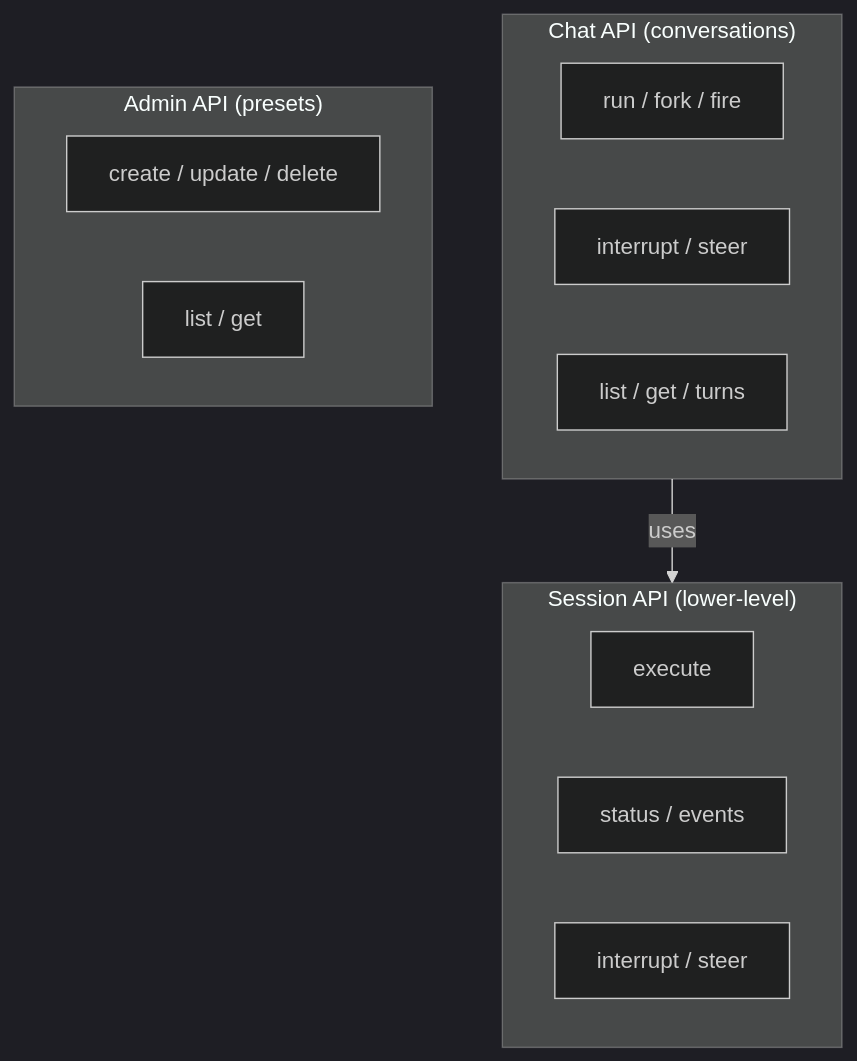
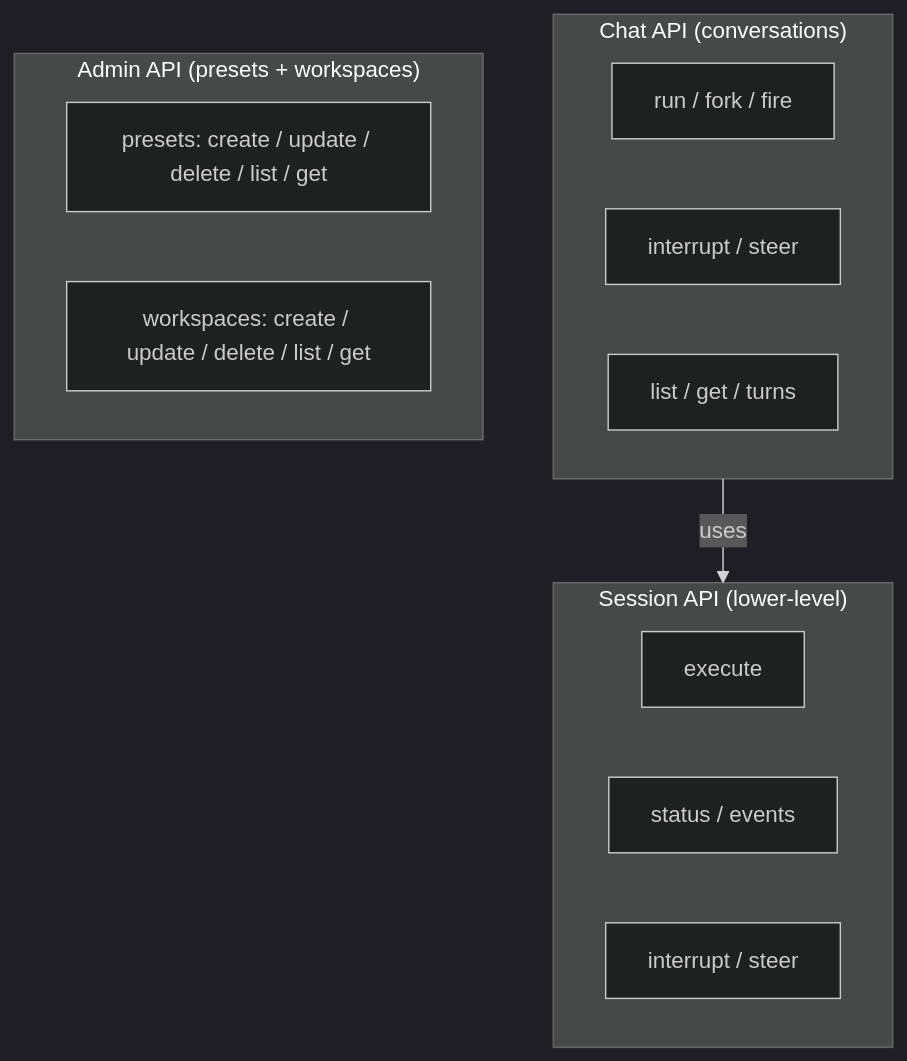
The first of 2 diagrams in spec/agent_runtime/07-api.md (Wh1isper/netherbrain), drawn with Mermaid (dark theme) before and after one commit. The commit also changed other lines of this file and 15 other files, not shown here.

````diff
--- a/spec/agent_runtime/07-api.md
+++ b/spec/agent_runtime/07-api.md
@@ -15,24 +15,24 @@
 ```mermaid
 flowchart TB
     subgraph Chat["Chat API (conversations)"]
         direction LR
         C1["run / fork / fire"]
         C2["interrupt / steer"]
         C3["list / get / turns"]
     end
 
-    subgraph Admin["Admin API (presets)"]
+    subgraph Admin["Admin API (presets + workspaces)"]
         direction LR
-        A1["create / update / delete"]
-        A2["list / get"]
+        A1["presets: create / update / delete / list / get"]
+        A2["workspaces: create / update / delete / list / get"]
     end
 
     subgraph Low["Session API (lower-level)"]
         direction LR
         S1["execute"]
         S2["status / events"]
         S3["interrupt / steer"]
     end
 
     Chat --> |"uses"| Low
 ```
````
